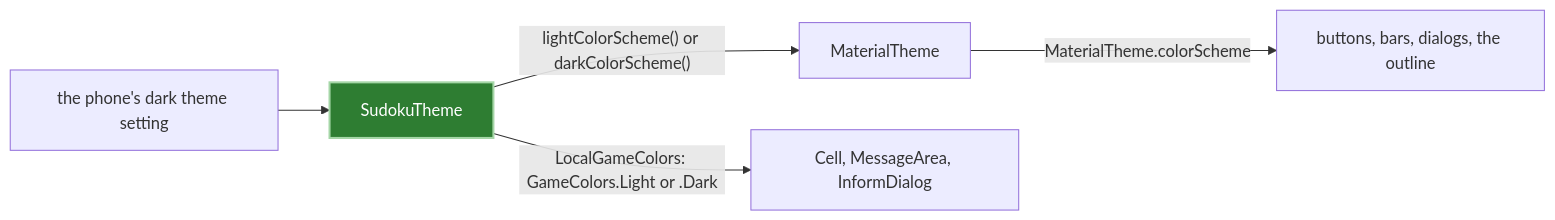
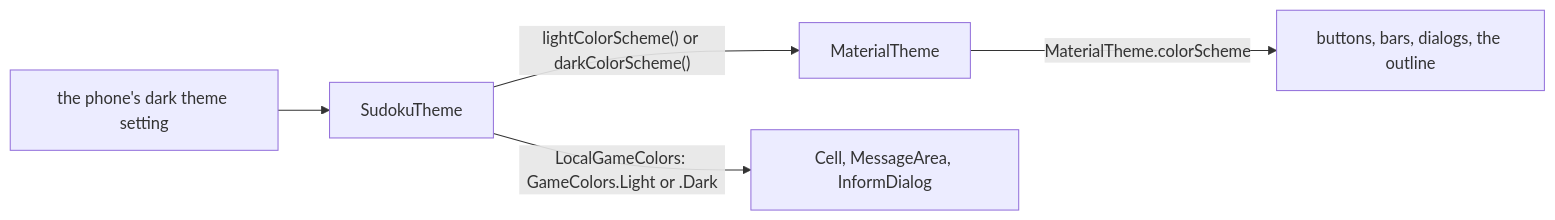
One commit to aivanov61/sudoku-solver changed the sixth of 17 diagrams in android/docs/architecture.md. Above: the diagram before and after it, drawn with Mermaid. The commit also changed other lines of this file and 17 other files, not shown here.

````diff
--- a/android/docs/architecture.md
+++ b/android/docs/architecture.md
@@ -377,10 +370,7 @@
 ```mermaid
 flowchart LR
     Phone["the phone's dark theme setting"] --> SudokuTheme["SudokuTheme"]
     SudokuTheme -- "lightColorScheme() or darkColorScheme()" --> MaterialTheme
     SudokuTheme -- "LocalGameColors: GameColors.Light or .Dark" --> Cell["Cell, MessageArea, InformDialog"]
     MaterialTheme -- "MaterialTheme.colorScheme" --> Components["buttons, bars, dialogs, the outline"]
-
-    classDef new fill:#2e7d32,stroke:#a5d6a7,stroke-width:2px,color:#ffffff
-    class SudokuTheme new
 ```
````
